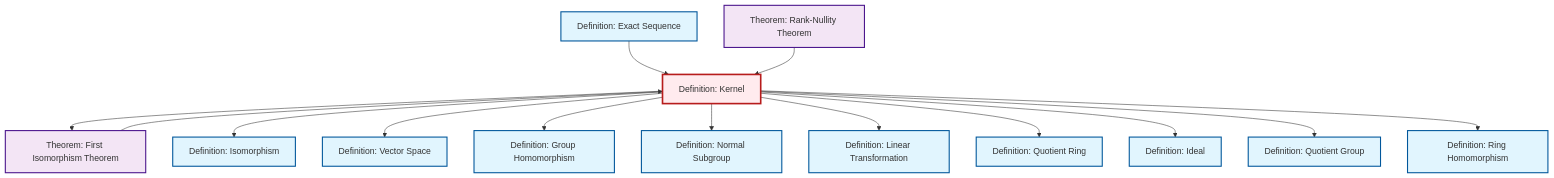
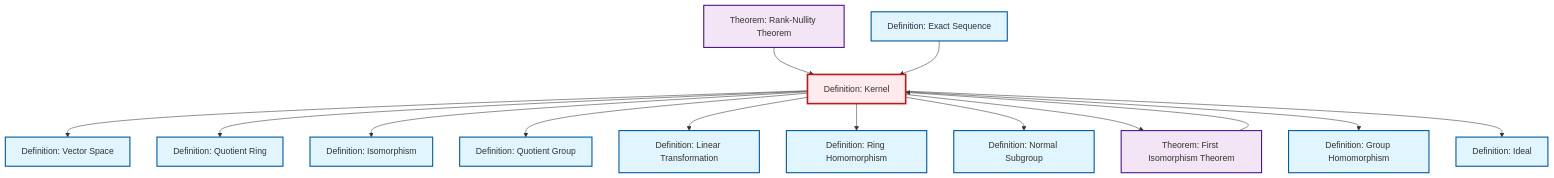
The diagram in content/en/algebra/def-kernel.qmd (RK0429/ModernMath), drawn with Mermaid before and after one commit. The commit also changed other lines of this file and 328 other files, not shown here.

````diff
--- a/content/en/algebra/def-kernel.qmd
+++ b/content/en/algebra/def-kernel.qmd
@@ -82,48 +82,48 @@
 ```{mermaid}
 %%| fig-cap: "Local dependency graph"
 graph TD
     classDef definition fill:#e1f5fe,stroke:#01579b,stroke-width:2px
     classDef theorem fill:#f3e5f5,stroke:#4a148c,stroke-width:2px
     classDef axiom fill:#fff3e0,stroke:#e65100,stroke-width:2px
     classDef example fill:#e8f5e9,stroke:#1b5e20,stroke-width:2px
     classDef current fill:#ffebee,stroke:#b71c1c,stroke-width:3px
+    def-linear-transformation["Definition: Linear Transformation"]:::definition
+    def-ideal["Definition: Ideal"]:::definition
     def-normal-subgroup["Definition: Normal Subgroup"]:::definition
+    def-kernel["Definition: Kernel"]:::definition
+    def-vector-space["Definition: Vector Space"]:::definition
+    def-isomorphism["Definition: Isomorphism"]:::definition
     thm-rank-nullity["Theorem: Rank-Nullity Theorem"]:::theorem
-    def-quotient-group["Definition: Quotient Group"]:::definition
-    def-exact-sequence["Definition: Exact Sequence"]:::definition
-    def-isomorphism["Definition: Isomorphism"]:::definition
-    def-ring-homomorphism["Definition: Ring Homomorphism"]:::definition
-    def-linear-transformation["Definition: Linear Transformation"]:::definition
+    def-quotient-ring["Definition: Quotient Ring"]:::definition
     thm-first-isomorphism["Theorem: First Isomorphism Theorem"]:::theorem
     def-homomorphism["Definition: Group Homomorphism"]:::definition
-    def-ideal["Definition: Ideal"]:::definition
-    def-quotient-ring["Definition: Quotient Ring"]:::definition
-    def-kernel["Definition: Kernel"]:::definition
-    def-vector-space["Definition: Vector Space"]:::definition
+    def-exact-sequence["Definition: Exact Sequence"]:::definition
+    def-quotient-group["Definition: Quotient Group"]:::definition
+    def-ring-homomorphism["Definition: Ring Homomorphism"]:::definition
+    def-kernel --> def-vector-space
+    thm-rank-nullity --> def-kernel
+    def-kernel --> def-quotient-ring
+    thm-first-isomorphism --> def-kernel
+    def-kernel --> def-isomorphism
+    def-kernel --> def-quotient-group
+    def-kernel --> def-linear-transformation
+    def-kernel --> def-ring-homomorphism
+    def-exact-sequence --> def-kernel
+    def-kernel --> def-normal-subgroup
     def-kernel --> thm-first-isomorphism
-    def-kernel --> def-isomorphism
-    thm-first-isomorphism --> def-kernel
-    def-kernel --> def-vector-space
-    def-exact-sequence --> def-kernel
-    thm-rank-nullity --> def-kernel
     def-kernel --> def-homomorphism
-    def-kernel --> def-normal-subgroup
-    def-kernel --> def-linear-transformation
-    def-kernel --> def-quotient-ring
     def-kernel --> def-ideal
-    def-kernel --> def-quotient-group
-    def-kernel --> def-ring-homomorphism
     class def-kernel current
+    click def-linear-transformation "def-linear-transformation.html" "Go to Linear Transformation definition"
+    click def-ideal "def-ideal.html" "Go to Ideal definition"
     click def-normal-subgroup "def-normal-subgroup.html" "Go to Normal Subgroup definition"
+    click def-vector-space "def-vector-space.html" "Go to Vector Space definition"
+    click def-isomorphism "def-isomorphism.html" "Go to Isomorphism definition"
     click thm-rank-nullity "thm-rank-nullity.html" "Go to Rank-Nullity Theorem theorem"
-    click def-quotient-group "def-quotient-group.html" "Go to Quotient Group definition"
-    click def-exact-sequence "def-exact-sequence.html" "Go to Exact Sequence definition"
-    click def-isomorphism "def-isomorphism.html" "Go to Isomorphism definition"
-    click def-ring-homomorphism "def-ring-homomorphism.html" "Go to Ring Homomorphism definition"
-    click def-linear-transformation "def-linear-transformation.html" "Go to Linear Transformation definition"
+    click def-quotient-ring "def-quotient-ring.html" "Go to Quotient Ring definition"
     click thm-first-isomorphism "thm-first-isomorphism.html" "Go to First Isomorphism Theorem theorem"
     click def-homomorphism "def-homomorphism.html" "Go to Group Homomorphism definition"
-    click def-ideal "def-ideal.html" "Go to Ideal definition"
-    click def-quotient-ring "def-quotient-ring.html" "Go to Quotient Ring definition"
-    click def-vector-space "def-vector-space.html" "Go to Vector Space definition"
+    click def-exact-sequence "def-exact-sequence.html" "Go to Exact Sequence definition"
+    click def-quotient-group "def-quotient-group.html" "Go to Quotient Group definition"
+    click def-ring-homomorphism "def-ring-homomorphism.html" "Go to Ring Homomorphism definition"
 ```
````
